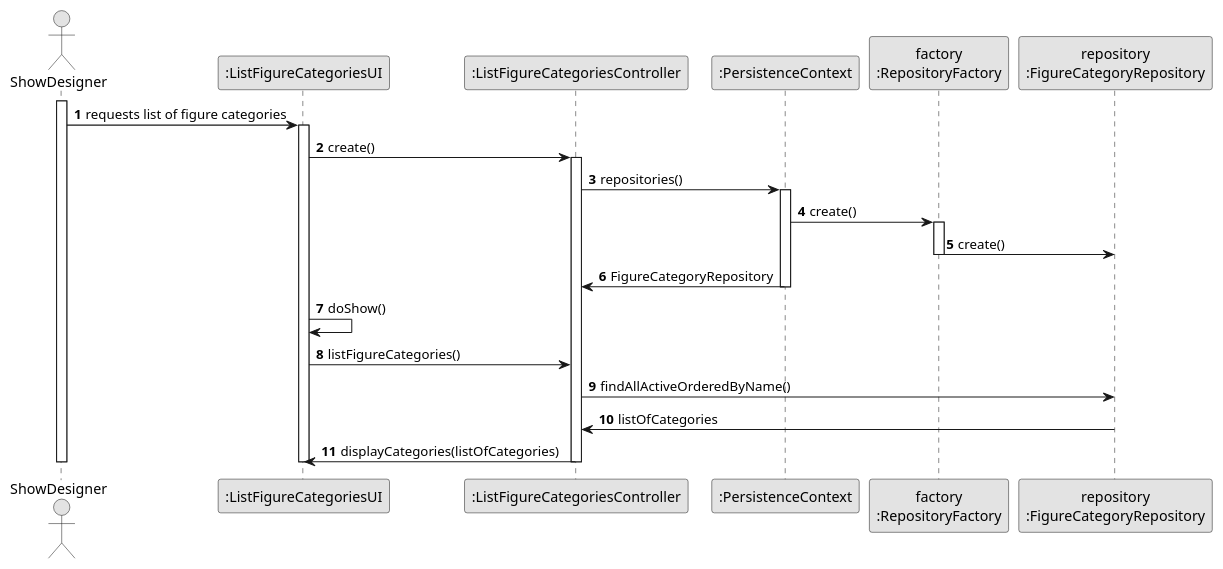
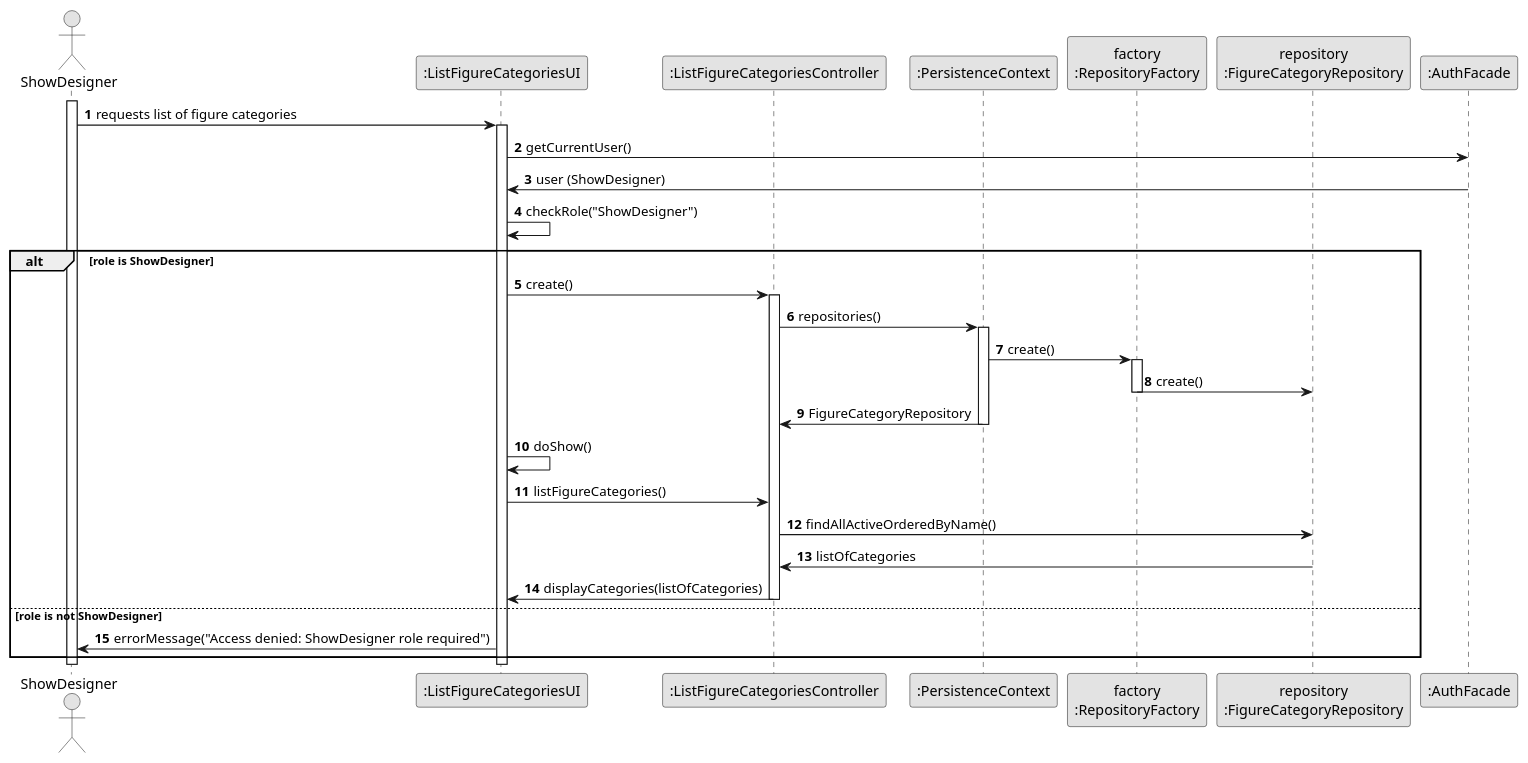
The diagram in docs/planning/sprint2/EAPLI/US247 - List figure categories/03.design/puml/us247-sequence-diagram-full.puml (SAEmanuel/Shodrone_ISEP), drawn with PlantUML before and after one commit. The commit also changed 1 other file, not shown here.

Commit message:
us247: add user and role verification to design sequence diagram
Updated the design sequence diagram for US247 (List figure categories) to explicitly include user authentication and role verification via AuthFacade. The flow now ensures only authenticated users with the ShowDesigner role can list categories, in line with security and authorization requirements.

Related to #1/#25/#37

```diff
--- a/docs/planning/sprint2/EAPLI/US247 - List figure categories/03.design/puml/us247-sequence-diagram-full.puml
+++ b/docs/planning/sprint2/EAPLI/US247 - List figure categories/03.design/puml/us247-sequence-diagram-full.puml
@@ -1,43 +1,52 @@
 @startuml
 skinparam monochrome true
 skinparam packageStyle rectangle
 skinparam shadowing false
 
 autonumber
 
 actor "ShowDesigner" as ACTOR
 participant ":ListFigureCategoriesUI" as UI
 participant ":ListFigureCategoriesController" as CTRL
 participant ":PersistenceContext" as PC
 participant "factory\n:RepositoryFactory" as FACTORY_INSTANCE
 participant "repository\n:FigureCategoryRepository" as REPO
+participant ":AuthFacade" as AuthFacade
 
 activate ACTOR
 
 ACTOR -> UI : requests list of figure categories
 
 activate UI
-UI -> CTRL : create()
+UI -> AuthFacade: getCurrentUser()
+AuthFacade -> UI: user (ShowDesigner)
+UI -> UI: checkRole("ShowDesigner")
+alt role is ShowDesigner
+    UI -> CTRL : create()
 
-activate CTRL
-CTRL -> PC: repositories()
-activate PC
-PC -> FACTORY_INSTANCE: create()
-activate FACTORY_INSTANCE
-FACTORY_INSTANCE -> REPO: create()
-deactivate FACTORY_INSTANCE
-PC -> CTRL: FigureCategoryRepository
-deactivate PC
+    activate CTRL
+    CTRL -> PC: repositories()
+    activate PC
+    PC -> FACTORY_INSTANCE: create()
+    activate FACTORY_INSTANCE
+    FACTORY_INSTANCE -> REPO: create()
+    deactivate FACTORY_INSTANCE
+    PC -> CTRL: FigureCategoryRepository
+    deactivate PC
 
-UI -> UI: doShow()
+    UI -> UI: doShow()
 
-UI -> CTRL: listFigureCategories()
-CTRL -> REPO: findAllActiveOrderedByName()
-REPO -> CTRL: listOfCategories
-CTRL -> UI: displayCategories(listOfCategories)
+    UI -> CTRL: listFigureCategories()
+    CTRL -> REPO: findAllActiveOrderedByName()
+    REPO -> CTRL: listOfCategories
+    CTRL -> UI: displayCategories(listOfCategories)
 
-deactivate CTRL
+    deactivate CTRL
+else role is not ShowDesigner
+    UI -> ACTOR: errorMessage("Access denied: ShowDesigner role required")
+end
+
 deactivate UI
 deactivate ACTOR
 
 @enduml
```
